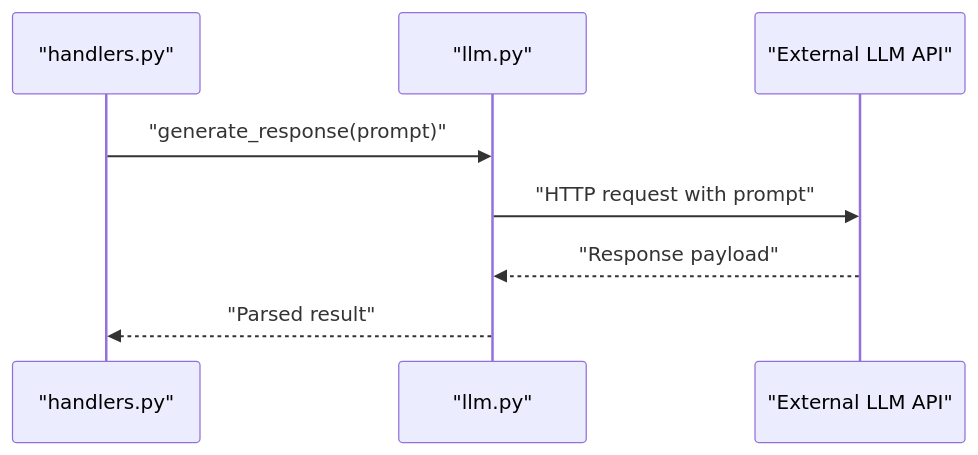
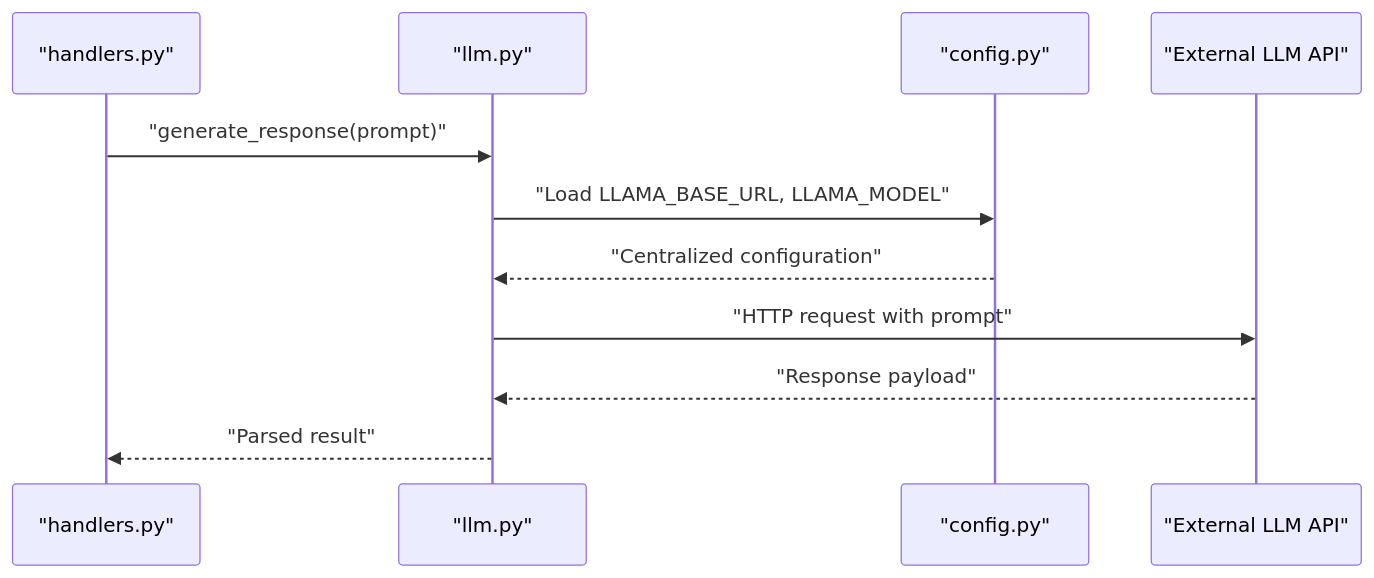
Before and after one commit to ZengSeng/telegram-bot: the fifth of 13 diagrams in .qoder/repowiki/en/content/Core Components/Analysis Framework.md, drawn with Mermaid. The commit also changed other lines of this file and 15 other files, not shown here.

````diff
--- a/.qoder/repowiki/en/content/Core Components/Analysis Framework.md
+++ b/.qoder/repowiki/en/content/Core Components/Analysis Framework.md
@@ -317,10 +330,13 @@
 ```mermaid
 sequenceDiagram
 participant Handler as "handlers.py"
 participant LLM as "llm.py"
+participant Config as "config.py"
 participant Provider as "External LLM API"
 Handler->>LLM : "generate_response(prompt)"
+LLM->>Config : "Load LLAMA_BASE_URL, LLAMA_MODEL"
+Config-->>LLM : "Centralized configuration"
 LLM->>Provider : "HTTP request with prompt"
 Provider-->>LLM : "Response payload"
 LLM-->>Handler : "Parsed result"
 ```
````
